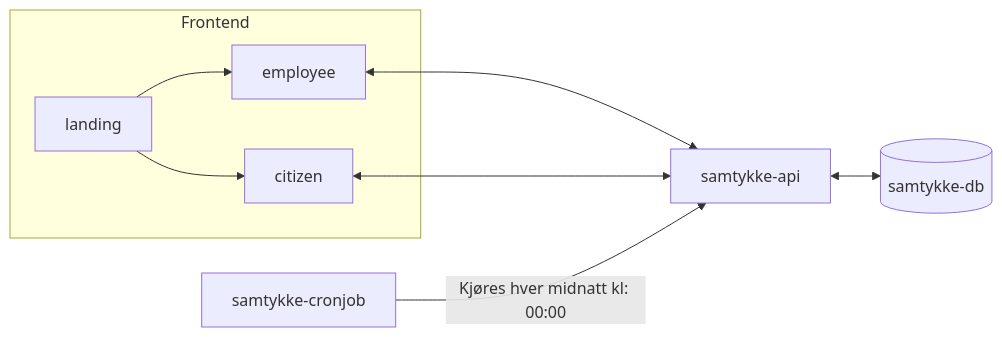
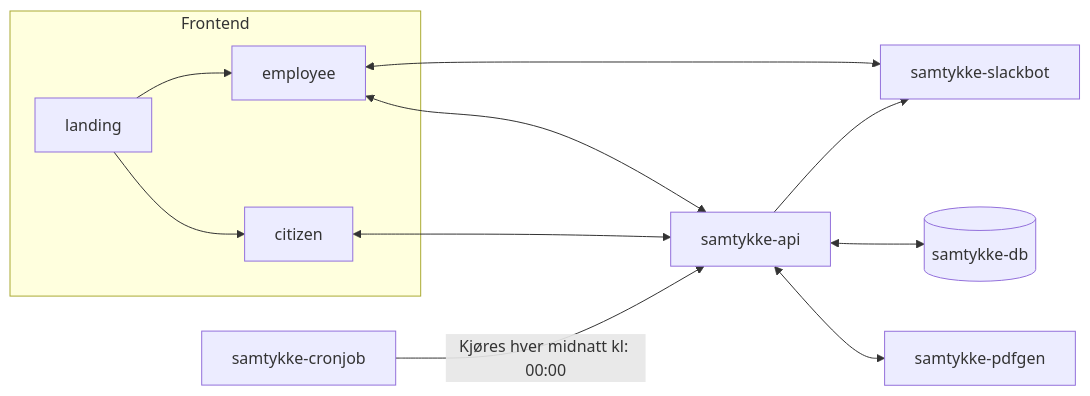
One commit to navikt/samtykke changed the diagram in README.md. Above: the diagram before and after it, drawn with Mermaid.

Commit message:
Forgot to save

````diff
--- a/README.md
+++ b/README.md
@@ -32,17 +32,21 @@
 ```mermaid
 flowchart LR
     landing:::app --> employee
     landing:::app --> citizen
     employee:::app <--> samtykke-api
     citizen:::app <--> samtykke-api
+
+    employee <--> samtykke-slackbot
 
     subgraph frontend["Frontend"]
         landing
         employee
         citizen
     end
 
     samtykke-cronjob:::app -- Kjøres hver midnatt kl: 00:00 --> samtykke-api    
 
-    samtykke-api <--> samtykke-db[(samtykke-db)]:::db
+    samtykke-api:::app <--> samtykke-pdfgen
+    samtykke-api:::app <--> samtykke-db[(samtykke-db)]:::db
+    samtykke-api:::app --> samtykke-slackbot
 ```
````
